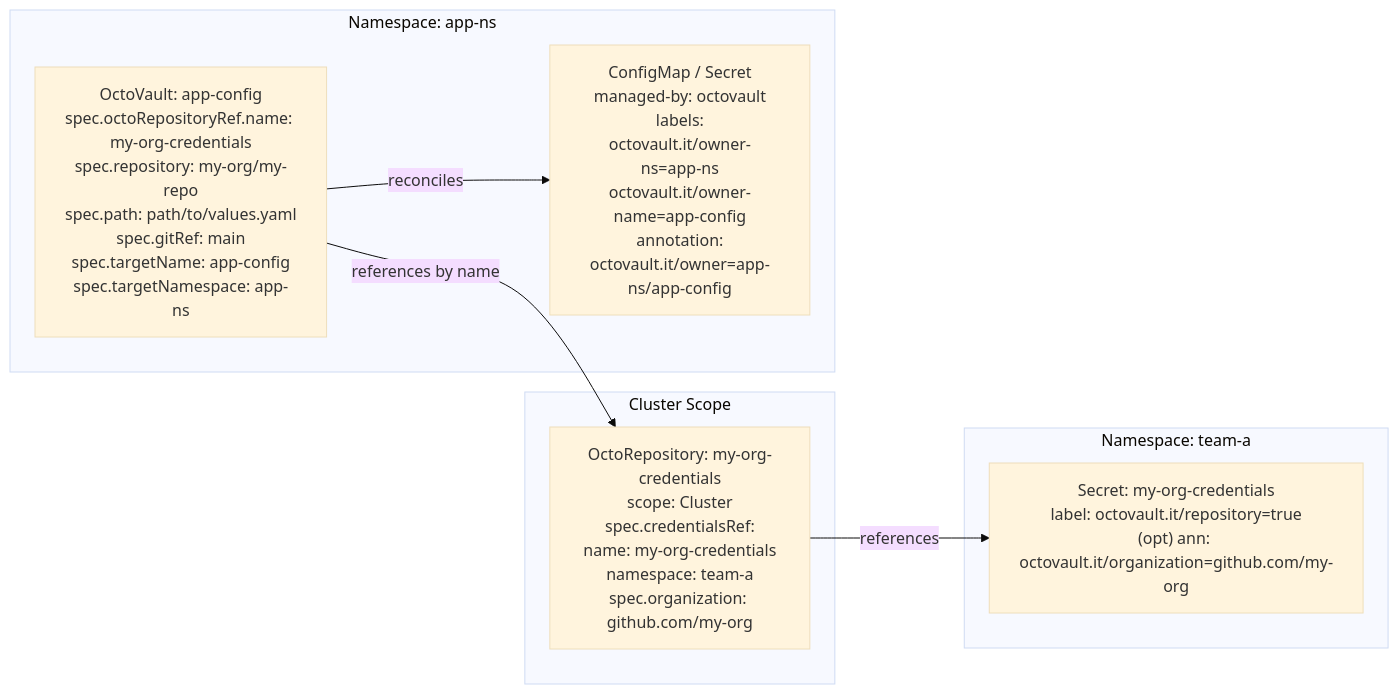
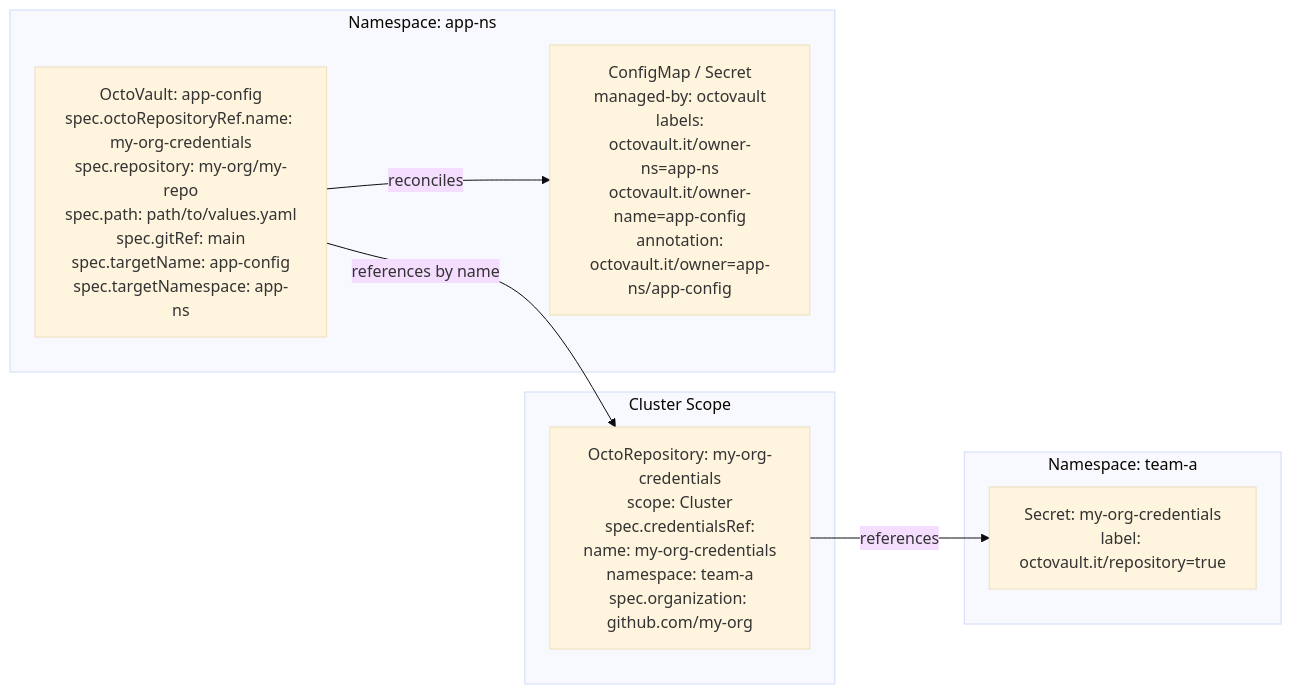
Before and after one commit to OctoVault/octovault: the first of 2 diagrams in README.md, drawn with Mermaid (base theme). The commit also changed other lines of this file, not shown here.

First line of the commit message:
docs: drop OctoRepository auto-creation from README

````diff
--- a/README.md
+++ b/README.md
@@ -39,21 +39,21 @@
 ```mermaid
 %% Reference map: how OctoVault and OctoRepository relate
 
 graph LR
   subgraph NS_X["Namespace: team-a"]
-    S["Secret: my-org-credentials<br/>label: octovault.it/repository=true<br/>(opt) ann: octovault.it/organization=github.com/my-org"]
+    S["Secret: my-org-credentials<br/>label: octovault.it/repository=true"]
   end
 
   subgraph Cluster["Cluster Scope"]
     OR["OctoRepository: my-org-credentials<br/>scope: Cluster<br/>spec.credentialsRef:<br/>name: my-org-credentials<br/>namespace: team-a<br/>spec.organization: github.com/my-org"]
   end
 
   subgraph NS_Y["Namespace: app-ns"]
     OV["OctoVault: app-config<br/>spec.octoRepositoryRef.name: my-org-credentials<br/>spec.repository: my-org/my-repo<br/>spec.path: path/to/values.yaml<br/>spec.gitRef: main<br/>spec.targetName: app-config<br/>spec.targetNamespace: app-ns"]
     CM["ConfigMap / Secret<br/>managed-by: octovault<br/>labels:<br/>octovault.it/owner-ns=app-ns<br/>octovault.it/owner-name=app-config<br/>annotation:<br/>octovault.it/owner=app-ns/app-config"]
   end
 
   OR -- references --> S
   OV -- references by name --> OR
   OV -- reconciles --> CM
 ```
````
